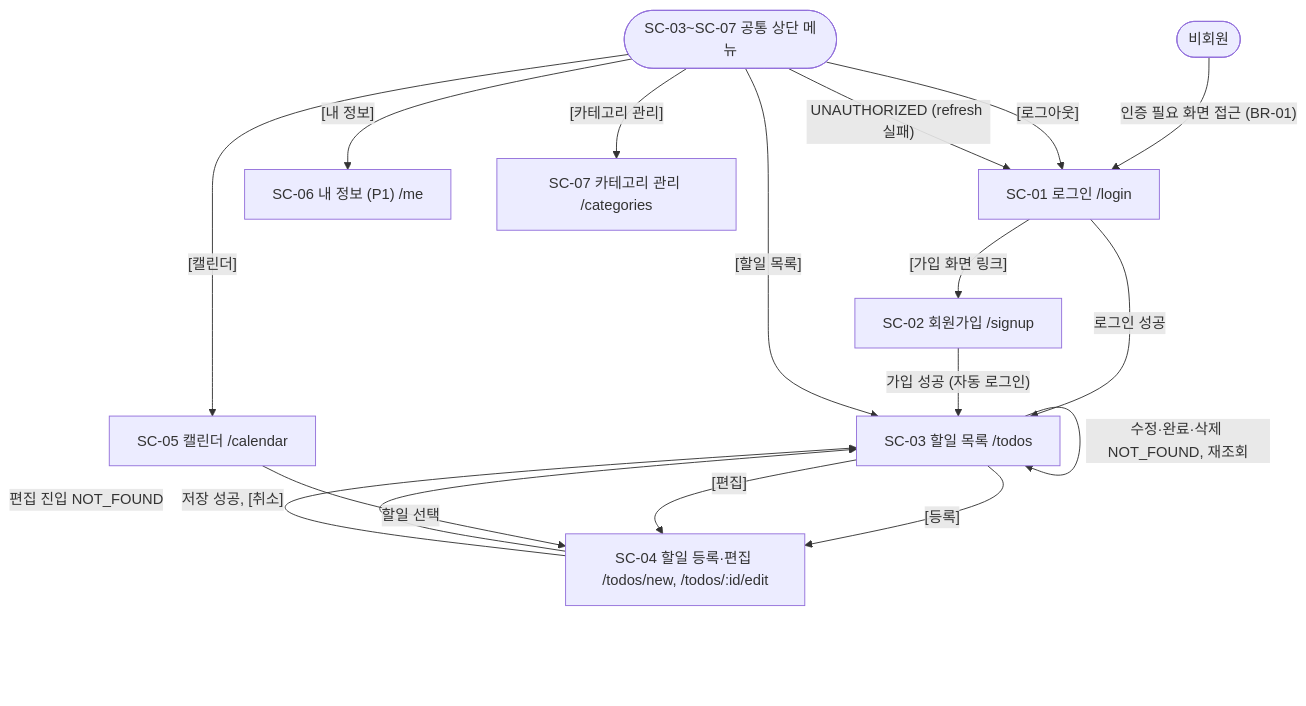
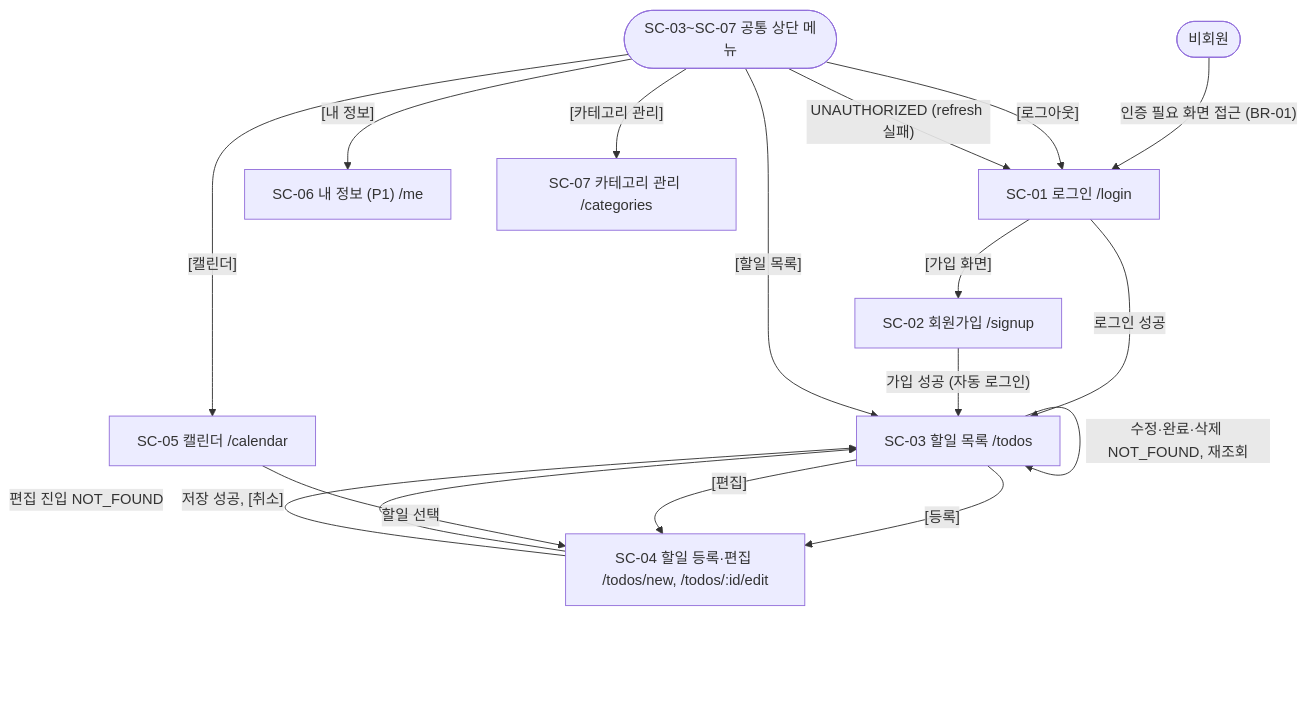
Before and after one commit to okbaronok2-tech/todolist_app: the diagram in docs/4-wireframe.md, drawn with Mermaid. The commit also changed other lines of this file and 19 other files, not shown here.

````diff
--- a/docs/4-wireframe.md
+++ b/docs/4-wireframe.md
@@ -704,29 +706,29 @@
 ```mermaid
 flowchart TD
     GUEST(["비회원"]) -->|"인증 필요 화면 접근 (BR-01)"| SC01
     SC01["SC-01 로그인 /login"]
     SC02["SC-02 회원가입 /signup"]
     SC03["SC-03 할일 목록 /todos"]
     SC04["SC-04 할일 등록·편집 /todos/new, /todos/:id/edit"]
     SC05["SC-05 캘린더 /calendar"]
     SC06["SC-06 내 정보 (P1) /me"]
     SC07["SC-07 카테고리 관리 /categories"]
     AUTH(["SC-03~SC-07 공통 상단 메뉴"])
 
-    SC01 -->|"[가입 화면 링크]"| SC02
+    SC01 -->|"[가입 화면]"| SC02
     SC01 -->|"로그인 성공"| SC03
     SC02 -->|"가입 성공 (자동 로그인)"| SC03
     SC03 -->|"[등록]"| SC04
     SC03 -->|"[편집]"| SC04
     SC04 -->|"저장 성공, [취소]"| SC03
     SC04 -->|"편집 진입 NOT_FOUND"| SC03
     SC03 -->|"수정·완료·삭제 NOT_FOUND, 재조회"| SC03
     SC05 -->|"할일 선택"| SC04
 
     AUTH -->|"[할일 목록]"| SC03
     AUTH -->|"[캘린더]"| SC05
     AUTH -->|"[카테고리 관리]"| SC07
     AUTH -->|"[내 정보]"| SC06
     AUTH -->|"[로그아웃]"| SC01
     AUTH -->|"UNAUTHORIZED (refresh 실패)"| SC01
 ```
````
